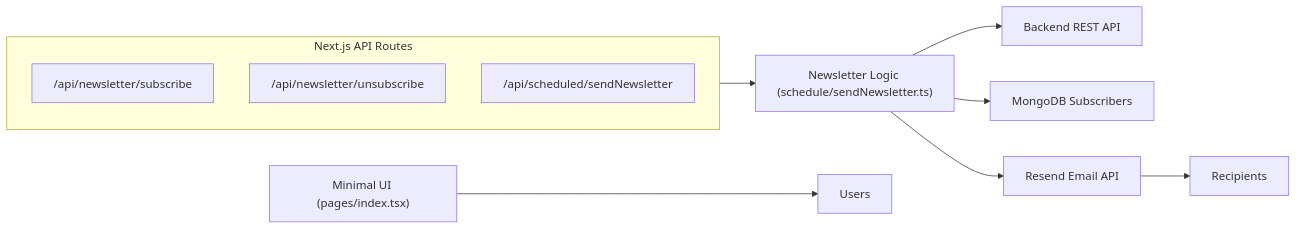
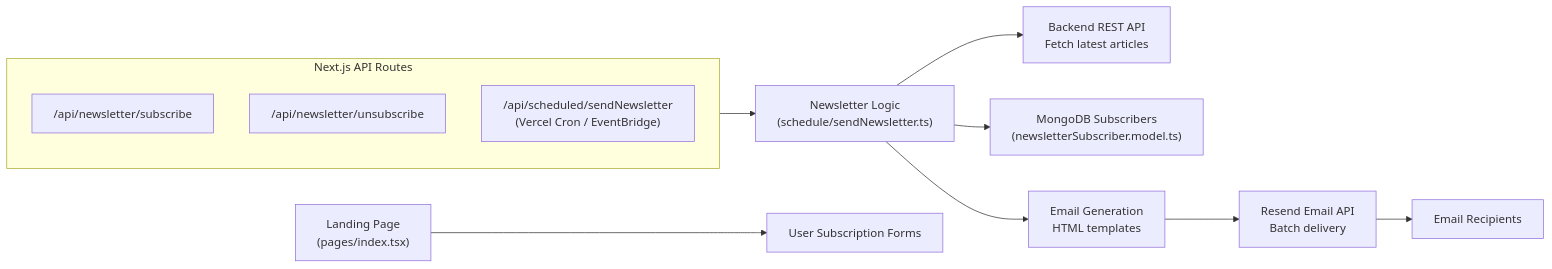
One commit to hoangsonww/AI-Gov-Content-Curator changed diagram 14 of 19 in ARCHITECTURE.md. Above: the diagram before and after it, drawn with Mermaid. The commit also changed other lines of this file and 20 other files, not shown here.

````diff
--- a/ARCHITECTURE.md
+++ b/ARCHITECTURE.md
@@ -151,15 +693,16 @@
 ```mermaid
 flowchart LR
     subgraph API["Next.js API Routes"]
         Subscribe["/api/newsletter/subscribe"]
         Unsubscribe["/api/newsletter/unsubscribe"]
-        Cron["/api/scheduled/sendNewsletter"]
+        Cron["/api/scheduled/sendNewsletter<br/>(Vercel Cron / EventBridge)"]
     end
 
-    API --> Logic["Newsletter Logic (schedule/sendNewsletter.ts)"]
-    Logic --> BackendAPI["Backend REST API"]
-    Logic --> Mongo["MongoDB Subscribers"]
-    Logic --> Resend["Resend Email API"]
-    Resend --> Subscribers["Recipients"]
-    Pages["Minimal UI (pages/index.tsx)"] --> Users["Users"]
+    API --> Logic["Newsletter Logic<br/>(schedule/sendNewsletter.ts)"]
+    Logic --> BackendAPI["Backend REST API<br/>Fetch latest articles"]
+    Logic --> Mongo["MongoDB Subscribers<br/>(newsletterSubscriber.model.ts)"]
+    Logic --> EmailGen["Email Generation<br/>HTML templates"]
+    EmailGen --> Resend["Resend Email API<br/>Batch delivery"]
+    Resend --> Subscribers["Email Recipients"]
+    Pages["Landing Page<br/>(pages/index.tsx)"] --> Users["User Subscription Forms"]
 ```
````
